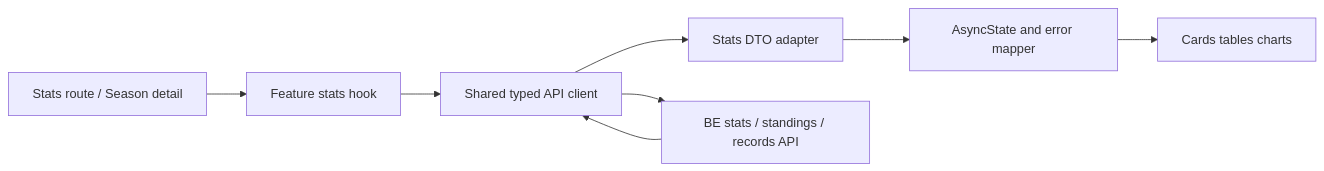
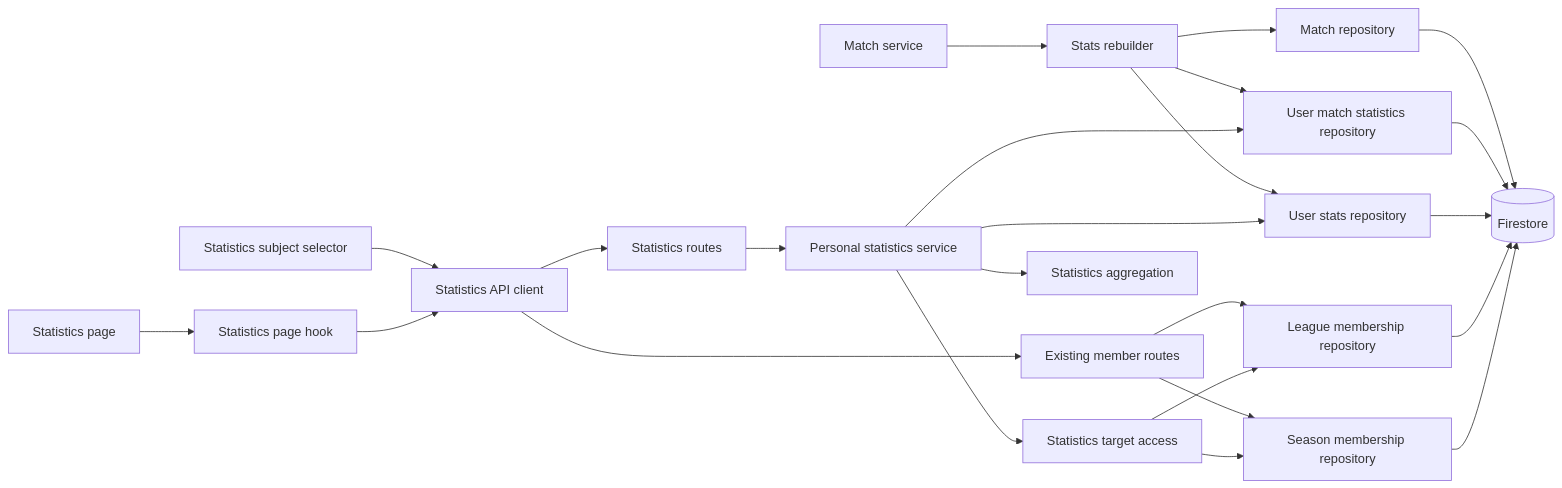
Before and after one commit to sora-tt/jongbo-mahjong-record: the first of 2 diagrams in .kiro/specs/frontend-statistics-quality/design.md, drawn with Mermaid. The commit also changed other lines of this file and 114 other files, not shown here.

````diff
--- a/.kiro/specs/frontend-statistics-quality/design.md
+++ b/.kiro/specs/frontend-statistics-quality/design.md
@@ -20,17 +65,44 @@
 ```mermaid
 flowchart LR
-  Route[Stats route / Season detail]
-  Hook[Feature stats hook]
-  Client[Shared typed API client]
-  Adapter[Stats DTO adapter]
-  State[AsyncState and error mapper]
-  View[Cards tables charts]
-  Api[BE stats / standings / records API]
-  Route --> Hook
+  MatchWrite[Match service]
+  Rebuilder[Stats rebuilder]
+  MatchRepo[Match repository]
+  ProjectionRepo[User match statistics repository]
+  UserStatsRepo[User stats repository]
+  LeagueRepo[League membership repository]
+  SeasonRepo[Season membership repository]
+  MemberRoutes[Existing member routes]
+  Firestore[(Firestore)]
+  Route[Statistics routes]
+  Access[Statistics target access]
+  Service[Personal statistics service]
+  Aggregation[Statistics aggregation]
+  Client[Statistics API client]
+  Subject[Statistics subject selector]
+  Hook[Statistics page hook]
+  Page[Statistics page]
+
+  MatchWrite --> Rebuilder
+  Rebuilder --> MatchRepo
+  Rebuilder --> ProjectionRepo
+  Rebuilder --> UserStatsRepo
+  MatchRepo --> Firestore
+  ProjectionRepo --> Firestore
+  UserStatsRepo --> Firestore
+  LeagueRepo --> Firestore
+  SeasonRepo --> Firestore
+  MemberRoutes --> LeagueRepo
+  MemberRoutes --> SeasonRepo
+  Route --> Service
+  Service --> Access
+  Access --> LeagueRepo
+  Access --> SeasonRepo
+  Service --> ProjectionRepo
+  Service --> UserStatsRepo
+  Service --> Aggregation
+  Client --> Route
+  Client --> MemberRoutes
+  Subject --> Client
   Hook --> Client
-  Client --> Api
-  Api --> Client
-  Client --> Adapter
-  Adapter --> State
-  State --> View
+  Page --> Hook
 ```
````
